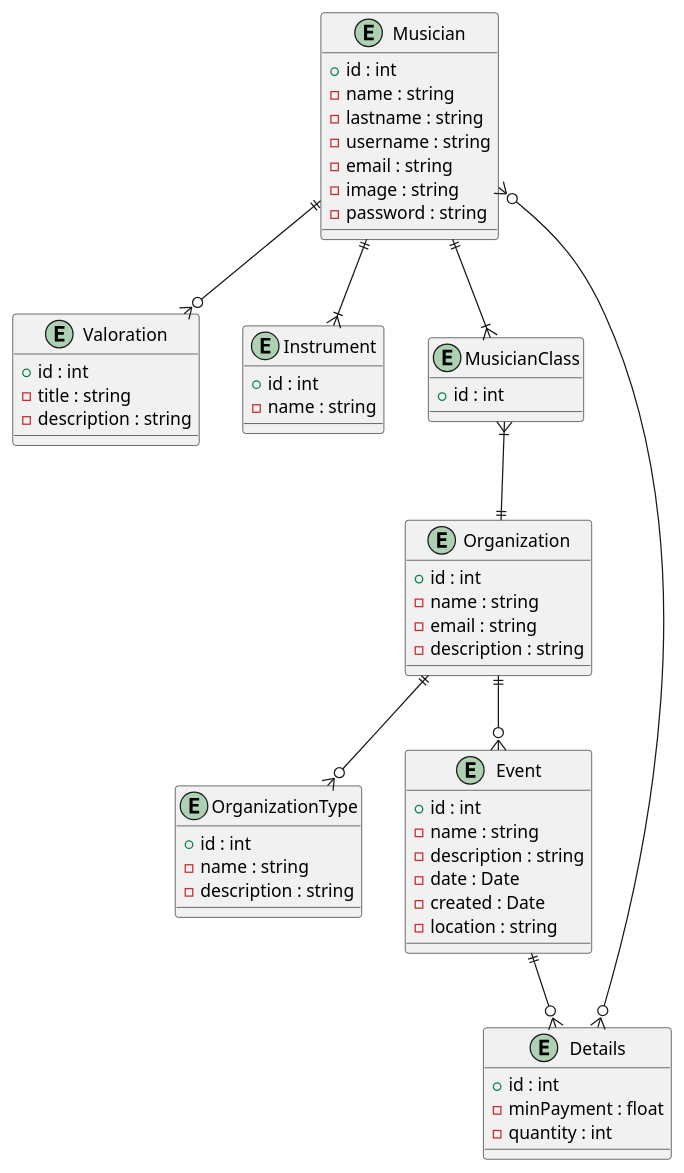
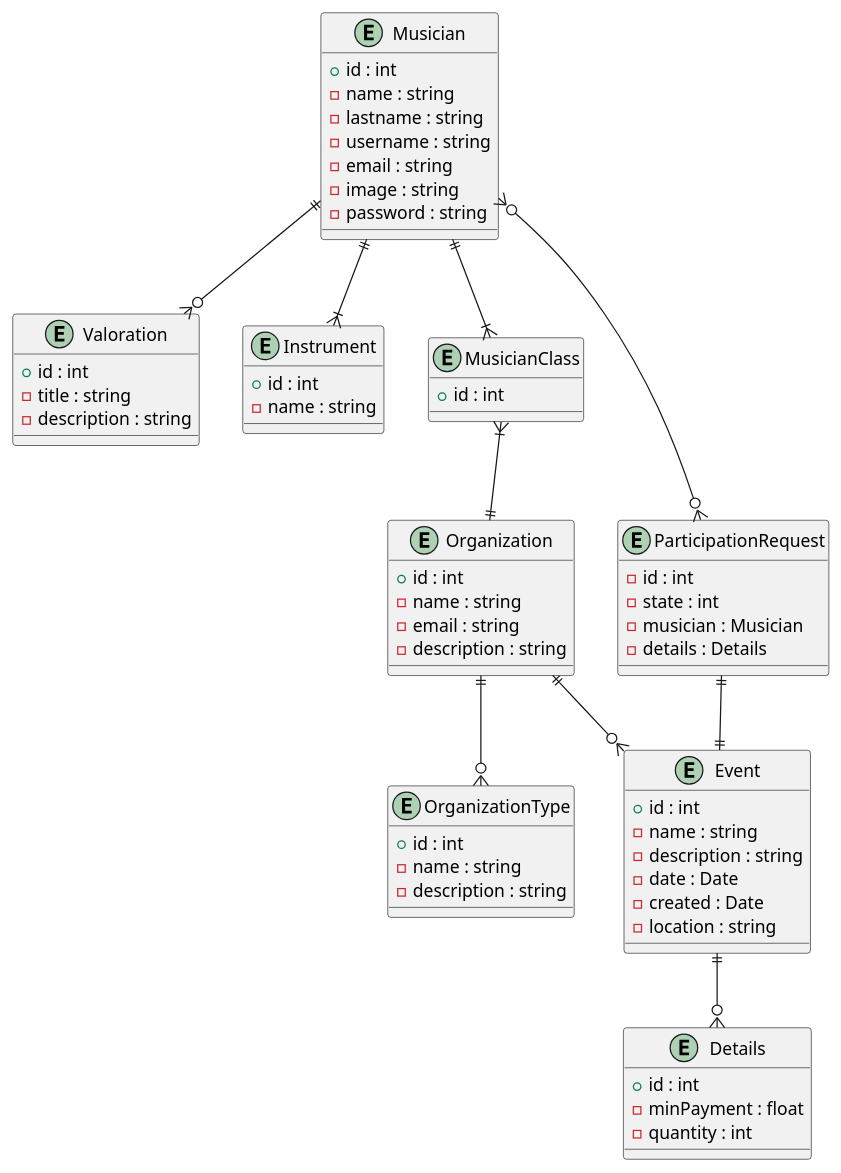
The diagram in docs/diagrama ER.puml (Josep02/BandBridge), drawn with PlantUML before and after one commit. The commit also changed 17 other files, not shown here.

```diff
--- a/docs/diagrama ER.puml
+++ b/docs/diagrama ER.puml
@@ -1,67 +1,76 @@
 @startuml
 entity Musician {
     + id : int
     - name : string
     - lastname : string
     - username : string
     - email : string
     - image : string
     - password : string
 }
 
 entity Valoration {
     + id : int
     - title : string
     - description : string
 }
 
 entity Instrument {
     + id : int
     - name : string
 }
 
 entity MusicianClass {
     + id : int
 }
 
 entity Organization {
     + id : int
     - name : string
     - email : string
     - description : string
 }
 
 entity OrganizationType {
     + id : int
     - name : string
     - description : string
 }
 
 entity Event {
     + id : int
     - name : string
     - description : string
     - date : Date
     - created : Date
     - location : string
 }
 
 entity Details {
     + id : int
     - minPayment : float
     - quantity : int
 }
 
+entity ParticipationRequest {
+    - id : int
+    - state : int
+    - musician : Musician
+    - details : Details
+}
+
 Musician ||--o{ Valoration
 Musician ||--|{ Instrument
 Musician ||--|{ MusicianClass
-Musician }o--o{ Details
+Musician }o--o{ ParticipationRequest
+
+ParticipationRequest ||--|| Event
 
 MusicianClass }|--|| Organization
 
 Organization ||--o{ OrganizationType
 Organization ||--o{ Event
 
 Event ||--o{ Details
 
 @enduml
```
